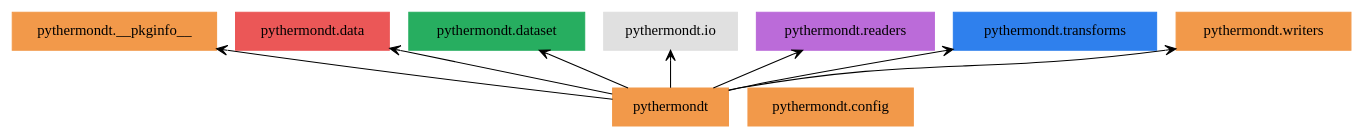
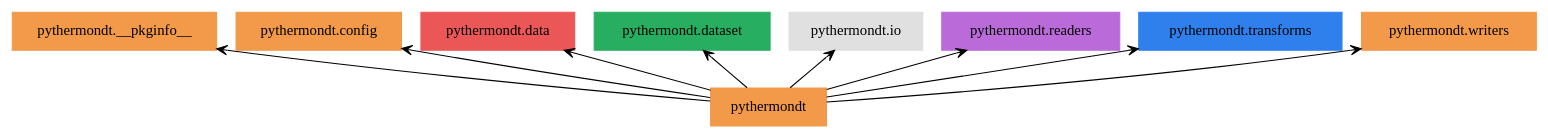
One commit to voidsy-gmbh/pyThermoNDT changed the diagram in docs/pyreverse/graphviz/packages_Overview.gv. Above: the diagram before and after it, drawn with Graphviz. The commit also changed 3 other files, not shown here.

Commit message:
Update pyreverse diagrams

```diff
--- a/docs/pyreverse/graphviz/packages_Overview.gv
+++ b/docs/pyreverse/graphviz/packages_Overview.gv
@@ -1,20 +1,21 @@
 digraph "packages_Overview" {
 rankdir=BT
 charset="utf-8"
 "pythermondt" [color="#F2994A", label=<pythermondt>, shape="box", style="filled"];
 "pythermondt.__pkginfo__" [color="#F2994A", label=<pythermondt.__pkginfo__>, shape="box", style="filled"];
 "pythermondt.config" [color="#F2994A", label=<pythermondt.config>, shape="box", style="filled"];
 "pythermondt.data" [color="#EB5757", label=<pythermondt.data>, shape="box", style="filled"];
 "pythermondt.dataset" [color="#27AE60", label=<pythermondt.dataset>, shape="box", style="filled"];
 "pythermondt.io" [color="#E0E0E0", label=<pythermondt.io>, shape="box", style="filled"];
 "pythermondt.readers" [color="#BB6BD9", label=<pythermondt.readers>, shape="box", style="filled"];
 "pythermondt.transforms" [color="#2F80ED", label=<pythermondt.transforms>, shape="box", style="filled"];
 "pythermondt.writers" [color="#F2994A", label=<pythermondt.writers>, shape="box", style="filled"];
 "pythermondt" -> "pythermondt.__pkginfo__" [arrowhead="open", arrowtail="none"];
+"pythermondt" -> "pythermondt.config" [arrowhead="open", arrowtail="none"];
 "pythermondt" -> "pythermondt.data" [arrowhead="open", arrowtail="none"];
 "pythermondt" -> "pythermondt.dataset" [arrowhead="open", arrowtail="none"];
 "pythermondt" -> "pythermondt.io" [arrowhead="open", arrowtail="none"];
 "pythermondt" -> "pythermondt.readers" [arrowhead="open", arrowtail="none"];
 "pythermondt" -> "pythermondt.transforms" [arrowhead="open", arrowtail="none"];
 "pythermondt" -> "pythermondt.writers" [arrowhead="open", arrowtail="none"];
 }
```
